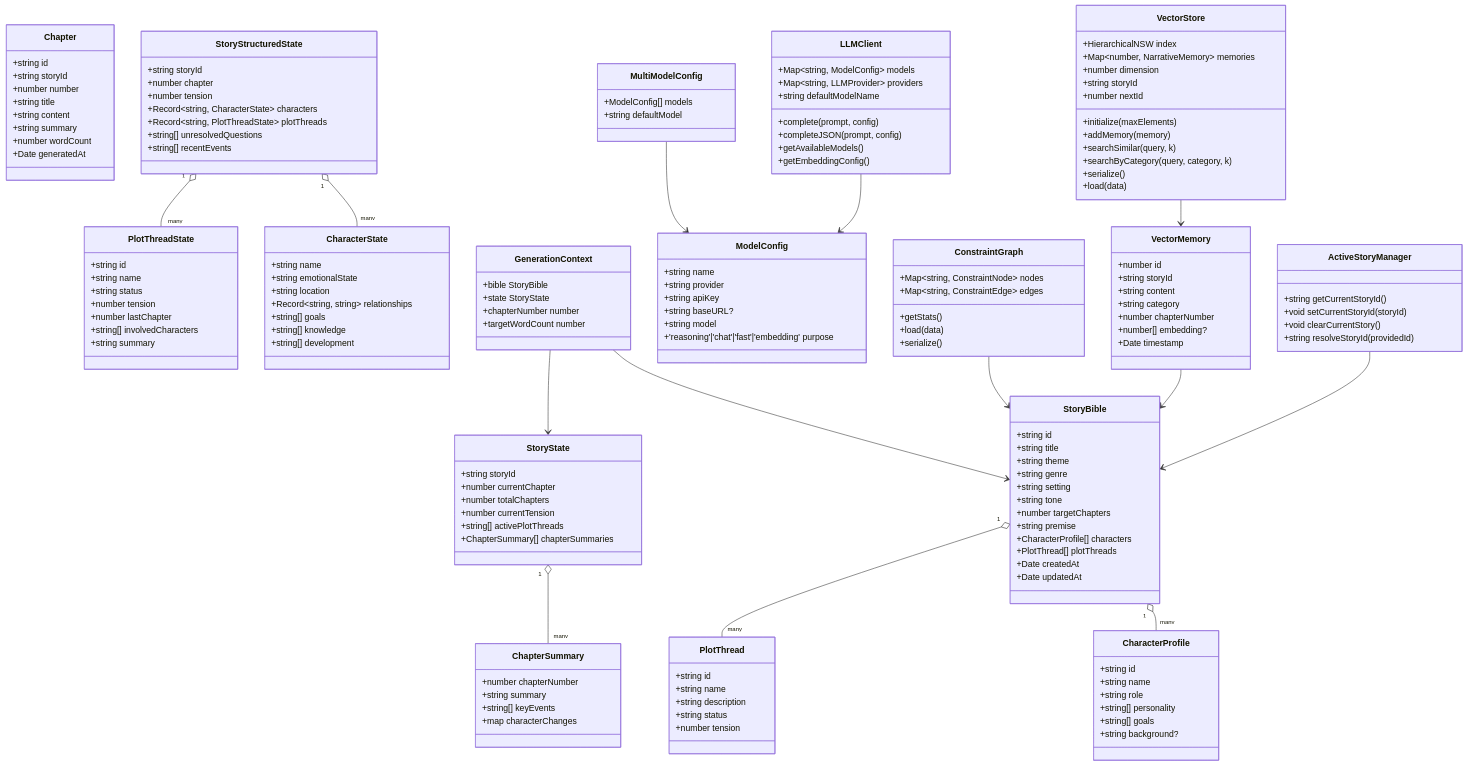
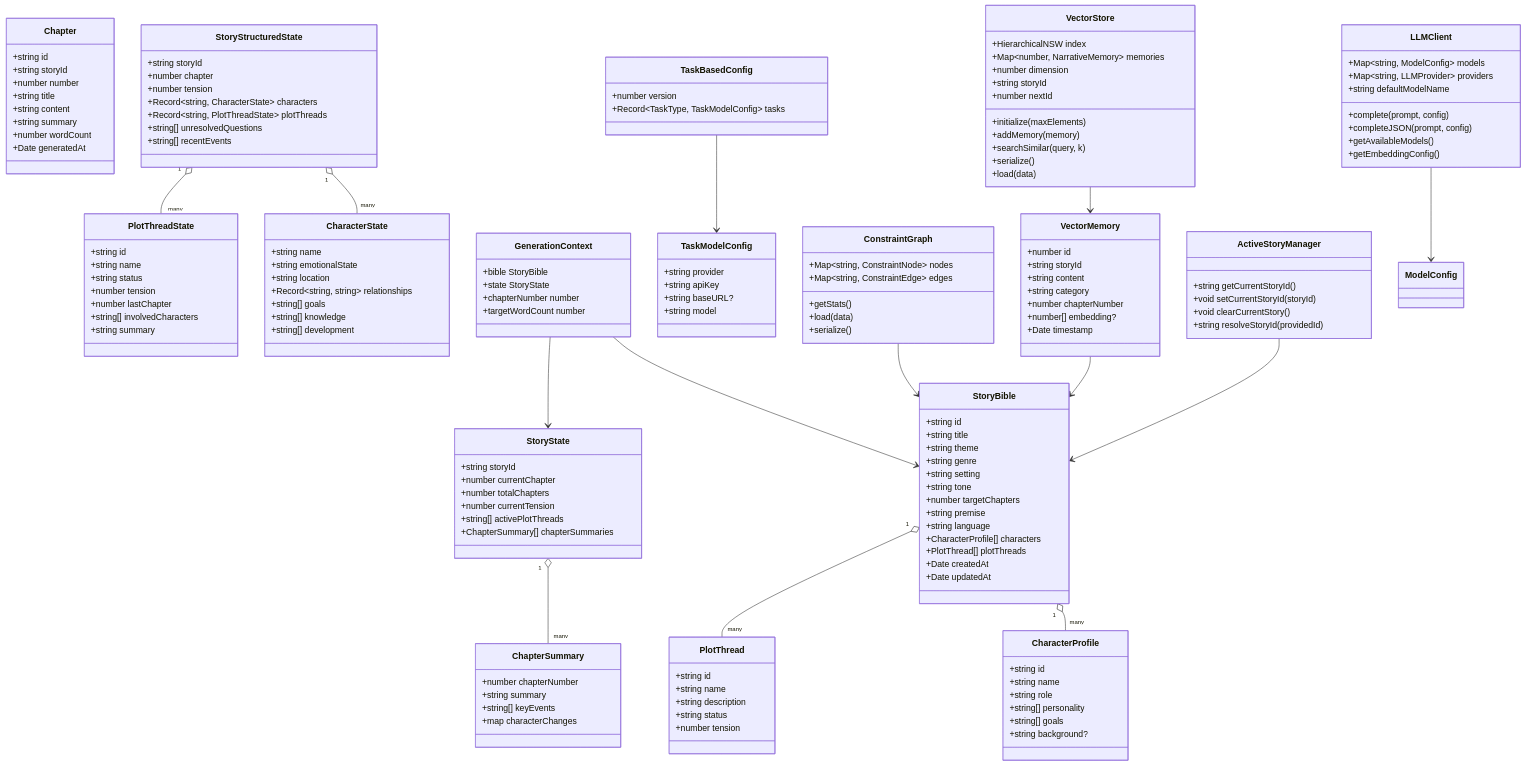
The fourth of 4 diagrams in .qoder/repowiki/en/content/CLI Command Reference.md (liwonder/NARRITIVE_OS), drawn with Mermaid before and after one commit. The commit also changed other lines of this file and 14 other files, not shown here.

````diff
--- a/.qoder/repowiki/en/content/CLI Command Reference.md
+++ b/.qoder/repowiki/en/content/CLI Command Reference.md
@@ -1072,6 +1076,7 @@
 +string tone
 +number targetChapters
 +string premise
++string language
 +CharacterProfile[] characters
 +PlotThread[] plotThreads
 +Date createdAt
@@ -1165,17 +1170,15 @@
 +load(data)
 +serialize()
 }
-class ModelConfig {
-+string name
+class TaskBasedConfig {
++number version
++Record~TaskType, TaskModelConfig~ tasks
+}
+class TaskModelConfig {
 +string provider
 +string apiKey
 +string baseURL?
 +string model
-+'reasoning'|'chat'|'fast'|'embedding' purpose
-}
-class MultiModelConfig {
-+ModelConfig[] models
-+string defaultModel
 }
 class LLMClient {
 +Map~string, ModelConfig~ models
@@ -1195,7 +1198,6 @@
 +initialize(maxElements)
 +addMemory(memory)
 +searchSimilar(query, k)
-+searchByCategory(query, category, k)
 +serialize()
 +load(data)
 }
@@ -1215,7 +1217,7 @@
 VectorMemory --> StoryBible
 ConstraintGraph --> StoryBible
 LLMClient --> ModelConfig
-MultiModelConfig --> ModelConfig
+TaskBasedConfig --> TaskModelConfig
 VectorStore --> VectorMemory
 ActiveStoryManager --> StoryBible
 ```
````
